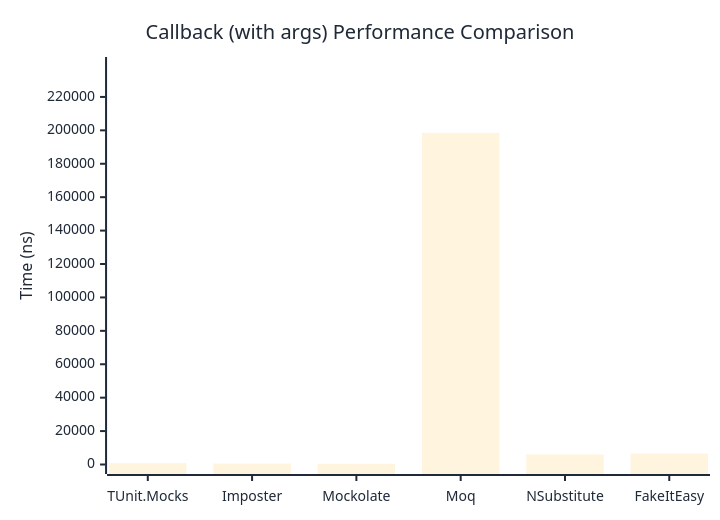
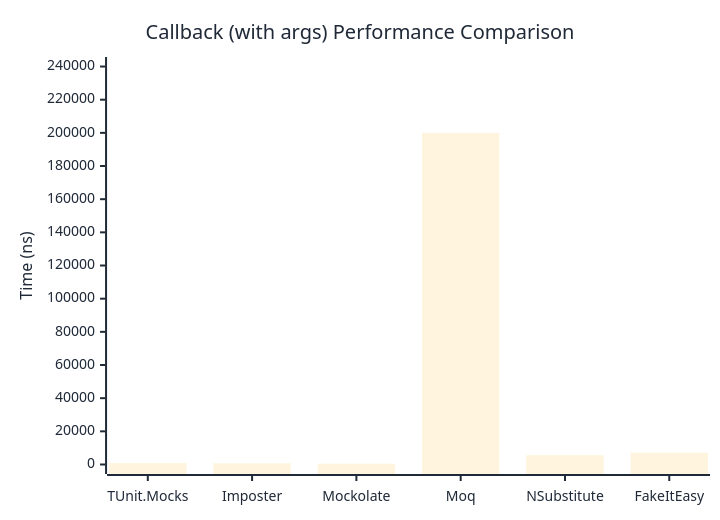
Before and after one commit to thomhurst/TUnit: the second of 2 diagrams in docs/docs/benchmarks/mocks/Callback.md, drawn with Mermaid. The commit also changed other lines of this file and 14 other files, not shown here.

````diff
--- a/docs/docs/benchmarks/mocks/Callback.md
+++ b/docs/docs/benchmarks/mocks/Callback.md
@@ -71,27 +71,27 @@
 ```mermaid
 %%{init: {
   'theme':'base',
   'themeVariables': {
     'primaryColor': '#2563eb',
     'primaryTextColor': '#1f2937',
     'primaryBorderColor': '#1e40af',
     'lineColor': '#6b7280',
     'secondaryColor': '#7c3aed',
     'tertiaryColor': '#dc2626',
     'background': '#ffffff',
     'pie1': '#2563eb',
     'pie2': '#7c3aed',
     'pie3': '#dc2626',
     'pie4': '#f59e0b',
     'pie5': '#10b981',
     'pie6': '#06b6d4',
     'pie7': '#ec4899',
     'pie8': '#6366f1'
   }
 }}%%
 xychart-beta
   title "Callback (with args) Performance Comparison"
   x-axis ["TUnit.Mocks", "Imposter", "Mockolate", "Moq", "NSubstitute", "FakeItEasy"]
-  y-axis "Time (ns)" 0 --> 238215
-  bar [837.5, 575.9, 444.9, 198512.1, 5975.1, 6523.8]
+  y-axis "Time (ns)" 0 --> 240016
+  bar [864, 701.6, 467.1, 200012.9, 5622.9, 7172.4]
 ```
````
